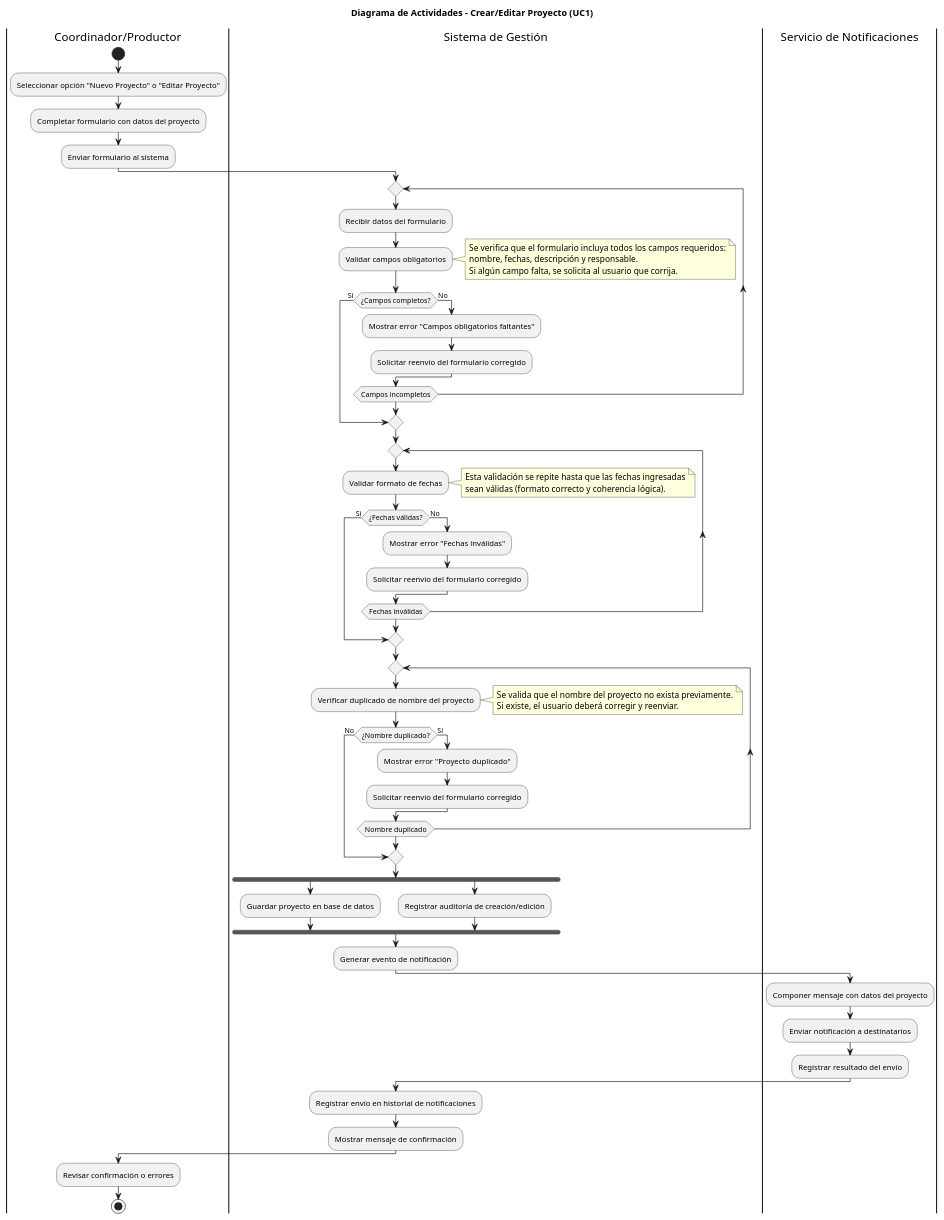
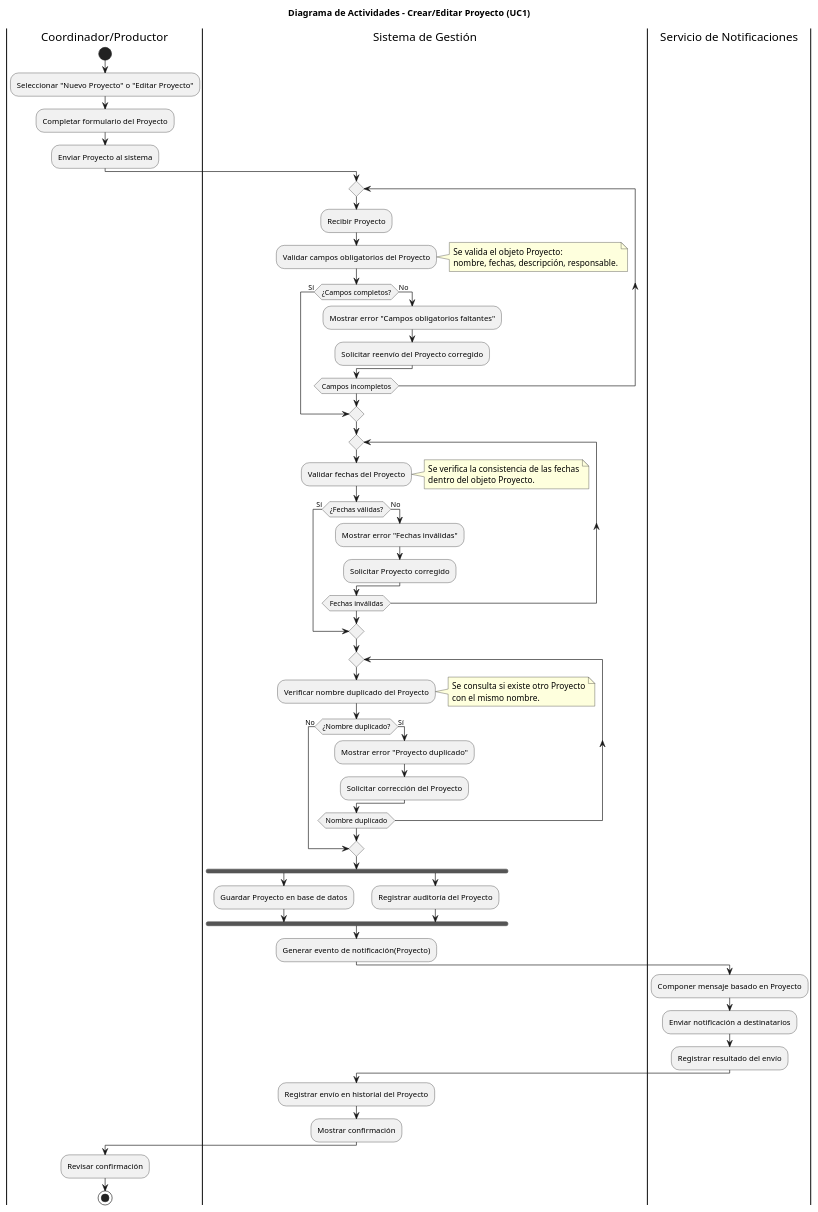
Before and after one commit to GonzaloBarbano/SistemaProductoraVideos: the diagram in diagramas/04-diagramas-actividades/04-actividad-crear-editar-proyecto-01.puml, drawn with PlantUML. The commit also changed other lines of this file and 27 other files, not shown here.

```diff
--- a/diagramas/04-diagramas-actividades/04-actividad-crear-editar-proyecto-01.puml
+++ b/diagramas/04-diagramas-actividades/04-actividad-crear-editar-proyecto-01.puml
@@ -1,78 +1,77 @@
 @startuml
 title Diagrama de Actividades - Crear/Editar Proyecto (UC1)
 
 |Coordinador/Productor|
 start
-:Seleccionar opción "Nuevo Proyecto" o "Editar Proyecto";
-:Completar formulario con datos del proyecto;
-:Enviar formulario al sistema;
+:Seleccionar "Nuevo Proyecto" o "Editar Proyecto";
+:Completar formulario del Proyecto;
+:Enviar Proyecto al sistema;
 
 |Sistema de Gestión|
 repeat
-    :Recibir datos del formulario;
-    :Validar campos obligatorios;
+    :Recibir Proyecto;
+    :Validar campos obligatorios del Proyecto;
     note right
-    Se verifica que el formulario incluya todos los campos requeridos:
-    nombre, fechas, descripción y responsable.
-    Si algún campo falta, se solicita al usuario que corrija.
+    Se valida el objeto Proyecto:
+    nombre, fechas, descripción, responsable.
     end note
 
     if (¿Campos completos?) then (Sí)
         break
     else (No)
         :Mostrar error "Campos obligatorios faltantes";
-        :Solicitar reenvío del formulario corregido;
+        :Solicitar reenvío del Proyecto corregido;
     endif
 repeat while (Campos incompletos)
 
 repeat
-    :Validar formato de fechas;
+    :Validar fechas del Proyecto;
     note right
-    Esta validación se repite hasta que las fechas ingresadas
-    sean válidas (formato correcto y coherencia lógica).
+    Se verifica la consistencia de las fechas
+    dentro del objeto Proyecto.
     end note
 
     if (¿Fechas válidas?) then (Sí)
         break
     else (No)
         :Mostrar error "Fechas inválidas";
-        :Solicitar reenvío del formulario corregido;
+        :Solicitar Proyecto corregido;
     endif
 repeat while (Fechas inválidas)
 
 repeat
-    :Verificar duplicado de nombre del proyecto;
+    :Verificar nombre duplicado del Proyecto;
     note right
-    Se valida que el nombre del proyecto no exista previamente.
-    Si existe, el usuario deberá corregir y reenviar.
+    Se consulta si existe otro Proyecto
+    con el mismo nombre.
     end note
 
     if (¿Nombre duplicado?) then (No)
         break
     else (Sí)
         :Mostrar error "Proyecto duplicado";
-        :Solicitar reenvío del formulario corregido;
+        :Solicitar corrección del Proyecto;
     endif
 repeat while (Nombre duplicado)
 
 fork
-    :Guardar proyecto en base de datos;
+    :Guardar Proyecto en base de datos;
 fork again
-    :Registrar auditoría de creación/edición;
+    :Registrar auditoría del Proyecto;
 end fork
 
-:Generar evento de notificación;
+:Generar evento de notificación(Proyecto);
 
 |Servicio de Notificaciones|
-:Componer mensaje con datos del proyecto;
+:Componer mensaje basado en Proyecto;
 :Enviar notificación a destinatarios;
 :Registrar resultado del envío;
 
 |Sistema de Gestión|
-:Registrar envío en historial de notificaciones;
-:Mostrar mensaje de confirmación;
+:Registrar envío en historial del Proyecto;
+:Mostrar confirmación;
 
 |Coordinador/Productor|
-:Revisar confirmación o errores;
+:Revisar confirmación;
 stop
 @enduml
```
